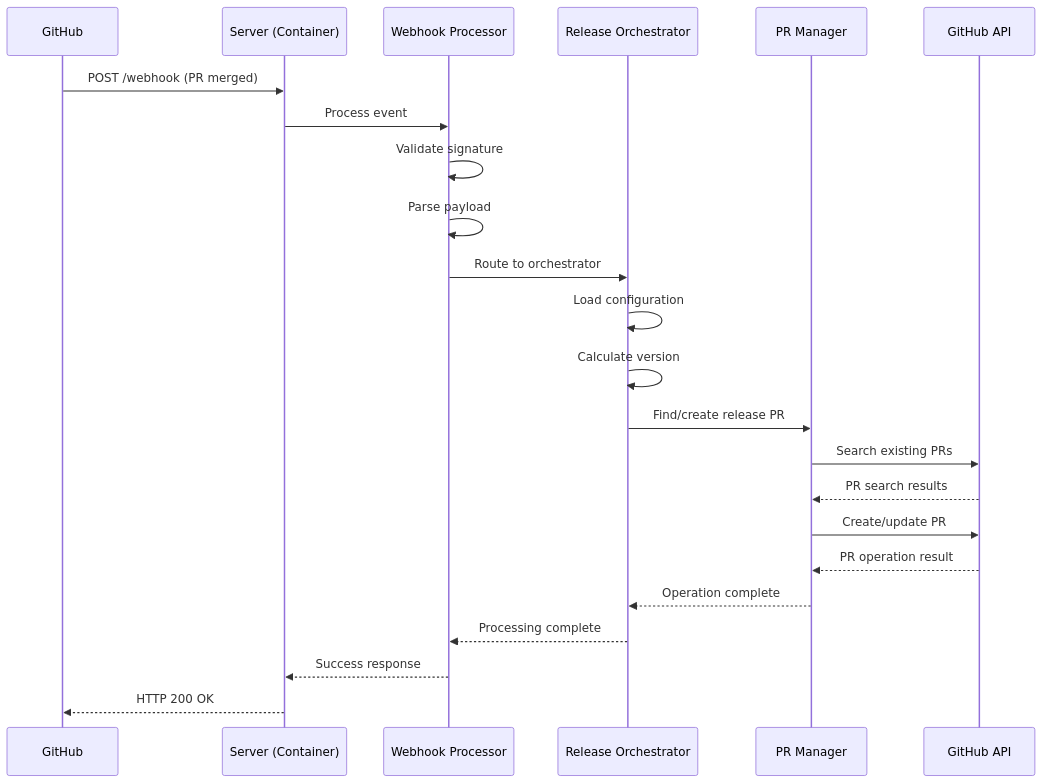
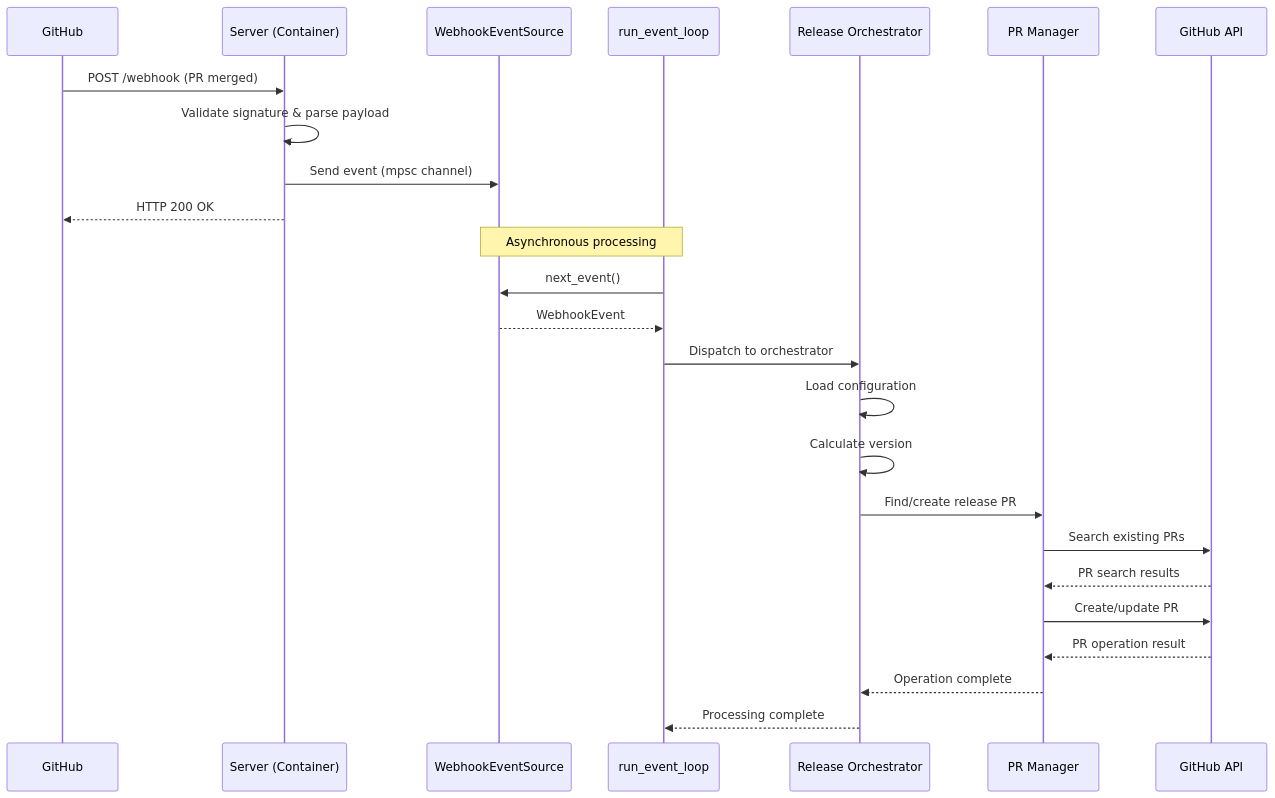
One commit to pvandervelde/release_regent changed the fourth of 9 diagrams in docs/specs/architecture/overview.md. Above: the diagram before and after it, drawn with Mermaid. The commit also changed other lines of this file, not shown here.

First line of the commit message:
docs(spec): update architecture overview to reflect event-source pipeline

````diff
--- a/docs/specs/architecture/overview.md
+++ b/docs/specs/architecture/overview.md
@@ -160,26 +171,28 @@
 ```mermaid
 sequenceDiagram
     participant G as GitHub
     participant F as Server (Container)
-    participant W as Webhook Processor
+    participant ES as WebhookEventSource
+    participant EL as run_event_loop
     participant R as Release Orchestrator
     participant P as PR Manager
     participant A as GitHub API
 
     G->>F: POST /webhook (PR merged)
-    F->>W: Process event
-    W->>W: Validate signature
-    W->>W: Parse payload
-    W->>R: Route to orchestrator
+    F->>F: Validate signature & parse payload
+    F->>ES: Send event (mpsc channel)
+    F-->>G: HTTP 200 OK
+    Note over ES,EL: Asynchronous processing
+    EL->>ES: next_event()
+    ES-->>EL: WebhookEvent
+    EL->>R: Dispatch to orchestrator
     R->>R: Load configuration
     R->>R: Calculate version
     R->>P: Find/create release PR
     P->>A: Search existing PRs
     A-->>P: PR search results
     P->>A: Create/update PR
     A-->>P: PR operation result
     P-->>R: Operation complete
-    R-->>W: Processing complete
-    W-->>F: Success response
-    F-->>G: HTTP 200 OK
+    R-->>EL: Processing complete
 ```
````
